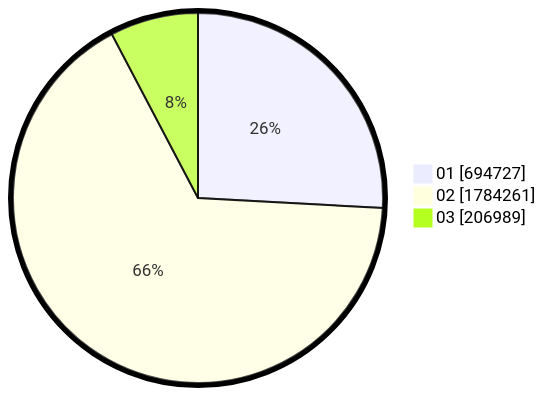
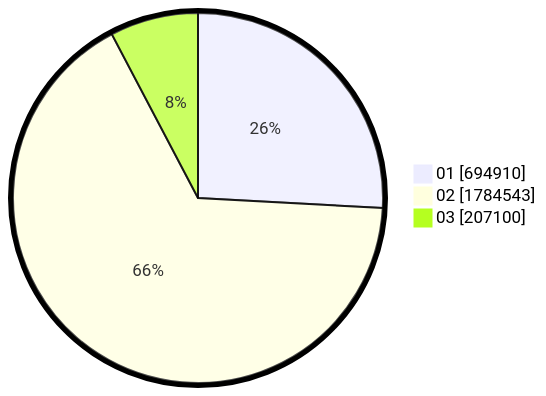
Before and after one commit to gigit-pemilu/pemilu-2024: the second of 2 diagrams in pilpres/hitung-suara/sub/table-wilayah-52.md, drawn with Mermaid. The commit also changed other lines of this file and 6 other files, not shown here.

````diff
--- a/pilpres/hitung-suara/sub/table-wilayah-52.md
+++ b/pilpres/hitung-suara/sub/table-wilayah-52.md
@@ -15,7 +15,7 @@
 ```mermaid
 %%{init: {"pie": {"textPosition": 0.5}, "themeVariables": {"pieOuterStrokeWidth": "5px"}} }%%
 pie showData
-    "01" : 694727
-    "02" : 1784261
-    "03" : 206989
+    "01" : 694910
+    "02" : 1784543
+    "03" : 207100
 ```
````
